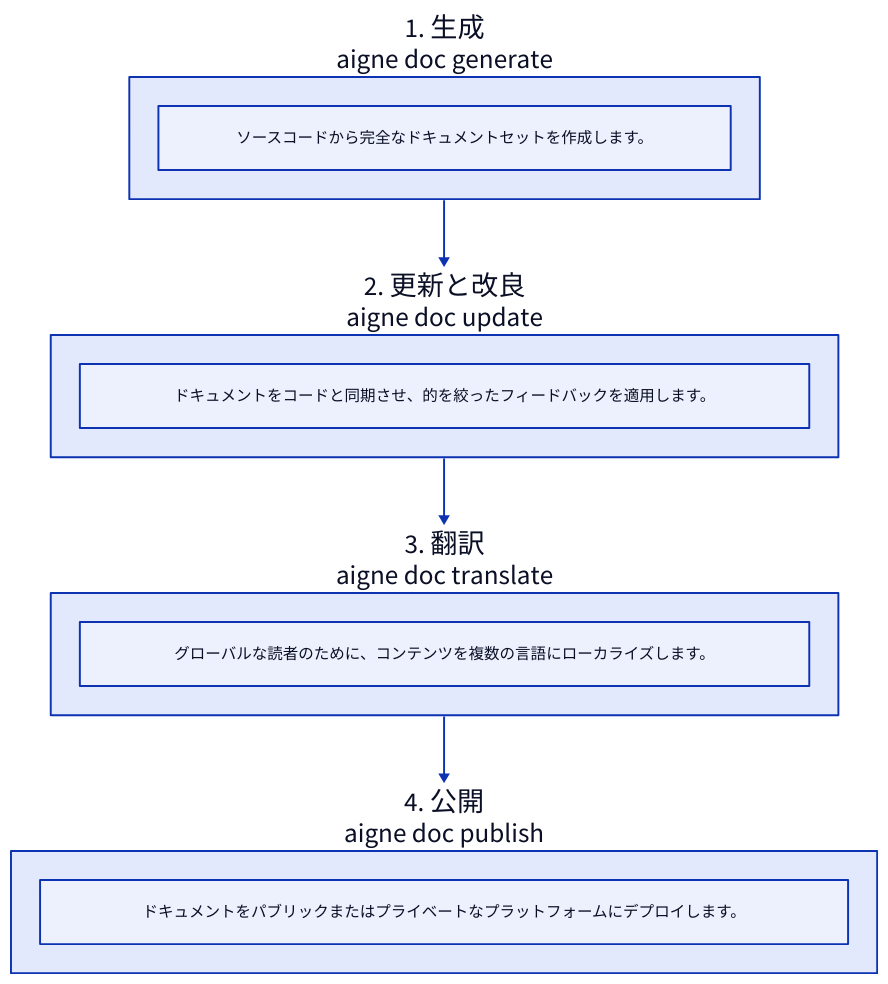
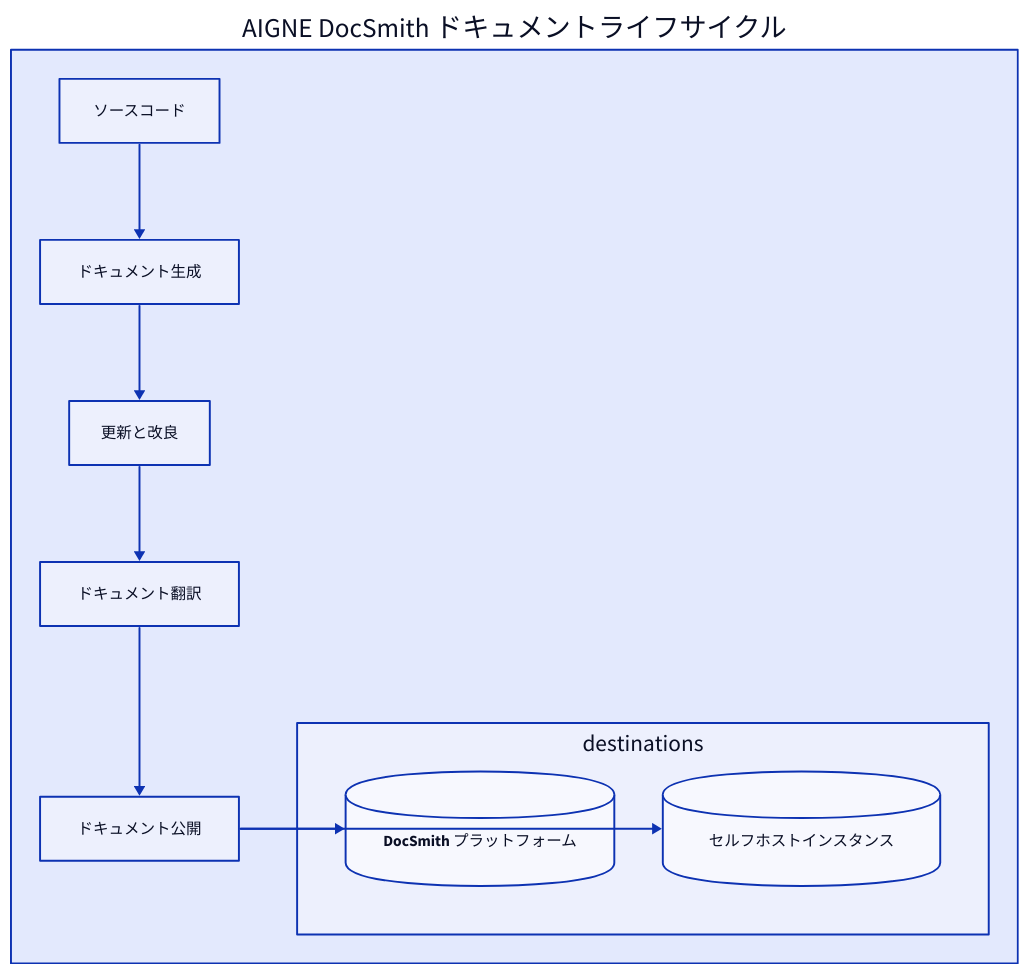
Before and after one commit to AIGNE-io/aigne-doc-smith: the diagram in docs/features.ja.md, drawn with D2. The commit also changed other lines of this file and 65 other files, not shown here.

````diff
--- a/docs/features.ja.md
+++ b/docs/features.ja.md
@@ -5,29 +5,39 @@
 ```d2
 direction: down
 
-Generate: {
-  label: "1. 生成\naigne doc generate"
-  shape: rectangle
-  description: "ソースコードから完全なドキュメントセットを作成します。"
+AIGNE-DocSmith-Workflow: {
+  label: "AIGNE DocSmith ドキュメントライフサイクル"
+  
+  source-code: "ソースコード"
+
+  generate: "ドキュメント生成"
+
+  refine: "更新と改良"
+
+  translate: "ドキュメント翻訳"
+
+  publish: "ドキュメント公開"
+
+  destinations: {
+    grid-columns: 2
+    grid-gap: 50
+
+    docsmith-platform: {
+      label: "DocSmith プラットフォーム"
+      shape: cylinder
+    }
+
+    self-hosted: {
+      label: "セルフホストインスタンス"
+      shape: cylinder
+    }
+  }
 }
 
-Refine: {
-  label: "2. 更新と改良\naigne doc update"
-  shape: rectangle
-  description: "ドキュメントをコードと同期させ、的を絞ったフィードバックを適用します。"
-}
-
-Translate: {
-  label: "3. 翻訳\naigne doc translate"
-  shape: rectangle
-  description: "グローバルな読者のために、コンテンツを複数の言語にローカライズします。"
-}
-
-Publish: {
-  label: "4. 公開\naigne doc publish"
-  shape: rectangle
-  description: "ドキュメントをパブリックまたはプライベートなプラットフォームにデプロイします。"
-}
-
-Generate -> Refine -> Translate -> Publish
+AIGNE-DocSmith-Workflow.source-code -> AIGNE-DocSmith-Workflow.generate
+AIGNE-DocSmith-Workflow.generate -> AIGNE-DocSmith-Workflow.refine
+AIGNE-DocSmith-Workflow.refine -> AIGNE-DocSmith-Workflow.translate
+AIGNE-DocSmith-Workflow.translate -> AIGNE-DocSmith-Workflow.publish
+AIGNE-DocSmith-Workflow.publish -> AIGNE-DocSmith-Workflow.destinations.docsmith-platform
+AIGNE-DocSmith-Workflow.publish -> AIGNE-DocSmith-Workflow.destinations.self-hosted
 ```
````
